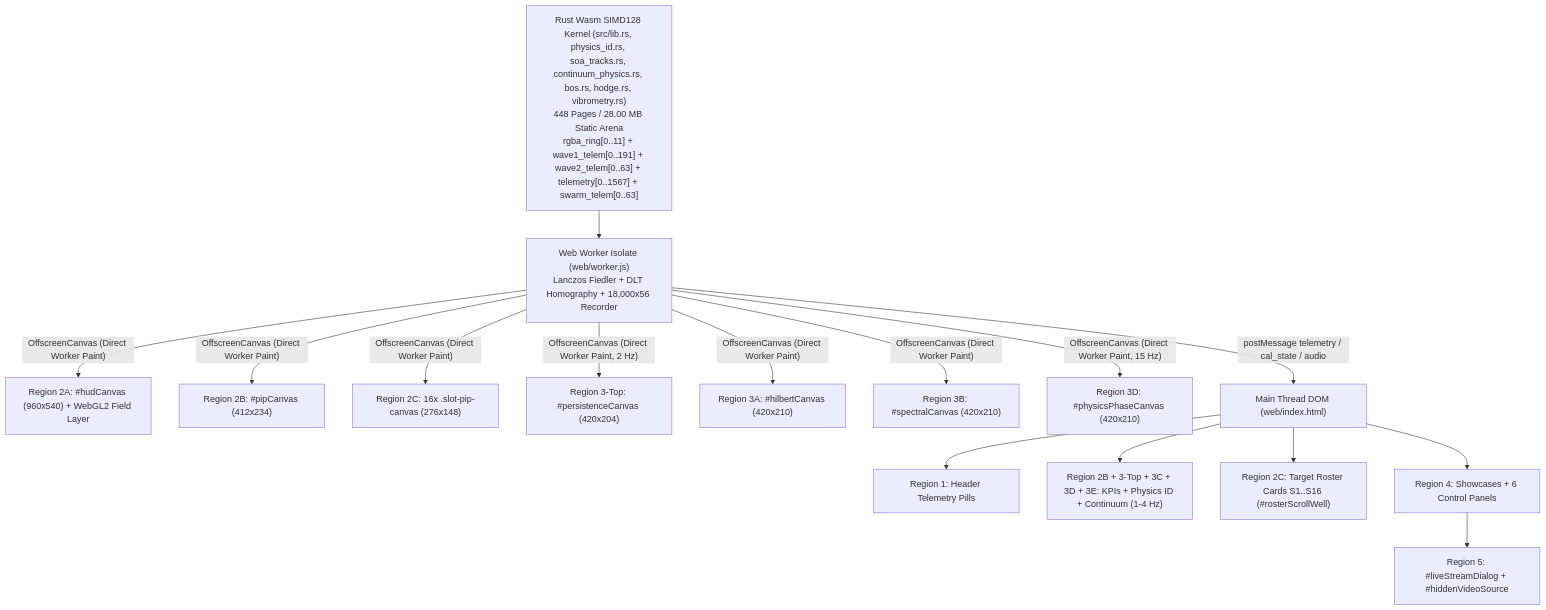
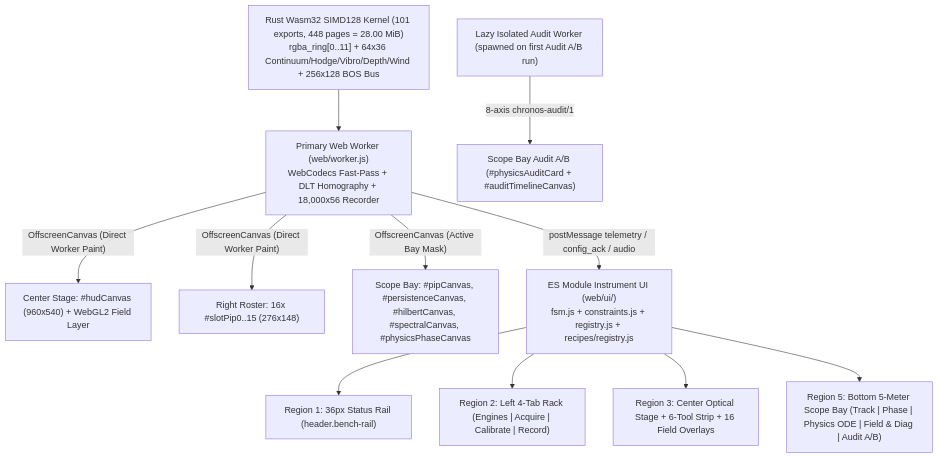
One commit to steph4n-gh/chronos-spectral changed the diagram in docs/UI_TELEMETRY_GUIDE.md. Above: the diagram before and after it, drawn with Mermaid. The commit also changed other lines of this file and 39 other files, not shown here.

````diff
--- a/docs/UI_TELEMETRY_GUIDE.md
+++ b/docs/UI_TELEMETRY_GUIDE.md
@@ -16,17 +16,13 @@
 ```mermaid
 flowchart TB
-  WASM["Rust Wasm SIMD128 Kernel (src/lib.rs, physics_id.rs, soa_tracks.rs, continuum_physics.rs, bos.rs, hodge.rs, vibrometry.rs)\n448 Pages / 28.00 MB Static Arena\nrgba_ring[0..11] + wave1_telem[0..191] + wave2_telem[0..63] + telemetry[0..1567] + swarm_telem[0..63]"] --> WORKER["Web Worker Isolate (web/worker.js)\nLanczos Fiedler + DLT Homography + 18,000x56 Recorder"]
-  WORKER -->|"OffscreenCanvas (Direct Worker Paint)"| HUD["Region 2A: #hudCanvas (960x540) + WebGL2 Field Layer"]
-  WORKER -->|"OffscreenCanvas (Direct Worker Paint)"| PIP["Region 2B: #pipCanvas (412x234)"]
-  WORKER -->|"OffscreenCanvas (Direct Worker Paint)"| ROSTERCANVAS["Region 2C: 16x .slot-pip-canvas (276x148)"]
-  WORKER -->|"OffscreenCanvas (Direct Worker Paint, 2 Hz)"| PERSIST["Region 3-Top: #persistenceCanvas (420x204)"]
-  WORKER -->|"OffscreenCanvas (Direct Worker Paint)"| HILBERT["Region 3A: #hilbertCanvas (420x210)"]
-  WORKER -->|"OffscreenCanvas (Direct Worker Paint)"| SPECTRAL["Region 3B: #spectralCanvas (420x210)"]
-  WORKER -->|"OffscreenCanvas (Direct Worker Paint, 15 Hz)"| PHYS["Region 3D: #physicsPhaseCanvas (420x210)"]
-  WORKER -->|"postMessage telemetry / cal_state / audio"| DOM["Main Thread DOM (web/index.html)"]
-  DOM --> HEADER["Region 1: Header Telemetry Pills"]
-  DOM --> KPIS["Region 2B + 3-Top + 3C + 3D + 3E: KPIs + Physics ID + Continuum (1-4 Hz)"]
-  DOM --> ROSTERDOM["Region 2C: Target Roster Cards S1..S16 (#rosterScrollWell)"]
-  DOM --> CONTROLS["Region 4: Showcases + 6 Control Panels"]
-  CONTROLS --> MODAL["Region 5: #liveStreamDialog + #hiddenVideoSource"]
+  WASM["Rust Wasm32 SIMD128 Kernel (101 exports, 448 pages = 28.00 MiB)\nrgba_ring[0..11] + 64x36 Continuum/Hodge/Vibro/Depth/Wind + 256x128 BOS Bus"] --> WORKER["Primary Web Worker (web/worker.js)\nWebCodecs Fast-Pass + DLT Homography + 18,000x56 Recorder"]
+  WORKER -->|"OffscreenCanvas (Direct Worker Paint)"| HUD["Center Stage: #hudCanvas (960x540) + WebGL2 Field Layer"]
+  WORKER -->|"OffscreenCanvas (Direct Worker Paint)"| ROSTER["Right Roster: 16x #slotPip0..15 (276x148)"]
+  WORKER -->|"OffscreenCanvas (Active Bay Mask)"| BAYCANVAS["Scope Bay: #pipCanvas, #persistenceCanvas, #hilbertCanvas, #spectralCanvas, #physicsPhaseCanvas"]
+  WORKER -->|"postMessage telemetry / config_ack / audio"| UI["ES Module Instrument UI (web/ui/)\nfsm.js + constraints.js + registry.js + recipes/registry.js"]
+  AUDITW["Lazy Isolated Audit Worker (spawned on first Audit A/B run)"] -->|"8-axis chronos-audit/1"| AUDITUI["Scope Bay Audit A/B (#physicsAuditCard + #auditTimelineCanvas)"]
+  UI --> RAIL["Region 1: 36px Status Rail (header.bench-rail)"]
+  UI --> RACK["Region 2: Left 4-Tab Rack (Engines | Acquire | Calibrate | Record)"]
+  UI --> STAGE["Region 3: Center Optical Stage + 6-Tool Strip + 16 Field Overlays"]
+  UI --> BAY["Region 5: Bottom 5-Meter Scope Bay (Track | Phase | Physics ODE | Field & Diag | Audit A/B)"]
 ```
````
